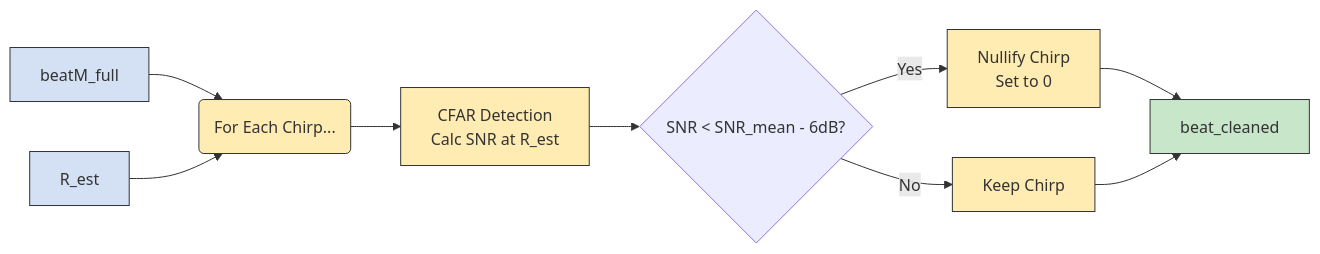
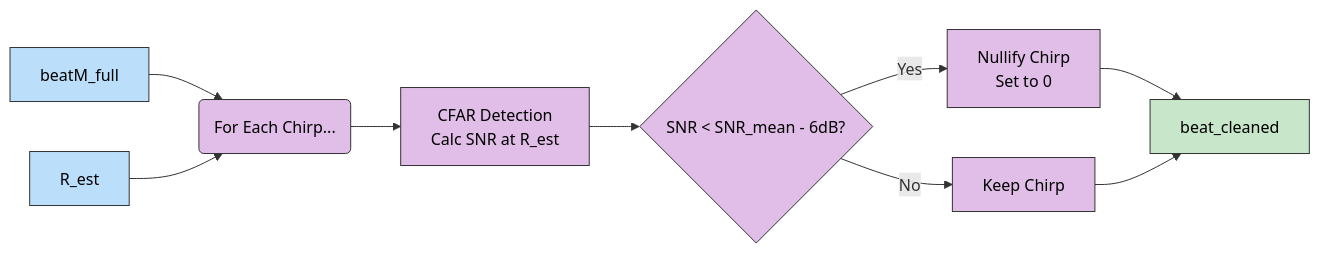
Before and after one commit to amnxlab/Radar-Fusion-Research: the sixth of 7 diagrams in docs/README_SIGNAL_PROCESSING.md, drawn with Mermaid. The commit also changed other lines of this file, not shown here.

````diff
--- a/docs/README_SIGNAL_PROCESSING.md
+++ b/docs/README_SIGNAL_PROCESSING.md
@@ -214,31 +212,32 @@
 ```mermaid
-flowchart LR
+graph LR
     %% Inputs
     InBeat[beatM_full]:::signal
     RangeEst[R_est]:::signal
     
     %% Logic
     Goal(For Each Chirp...):::process
     
-    CFAR[CFAR Detection<br/>Calc SNR at R_est]:::process
-    Threshold{SNR < SNR_mean - 6dB?};
+    CFAR[CFAR Detection<br>Calc SNR at R_est]:::process
+    Threshold{SNR < SNR_mean - 6dB?}:::process
     
-    Null[Nullify Chirp<br/>Set to 0]:::process
+    Null[Nullify Chirp<br>Set to 0]:::process
     Keep[Keep Chirp]:::process
     
     OutBeat[beat_cleaned]:::output
     
     %% Flow
     InBeat --> Goal
     RangeEst --> Goal
     Goal --> CFAR
     CFAR --> Threshold
     Threshold -- Yes --> Null
     Threshold -- No --> Keep
     Null --> OutBeat
     Keep --> OutBeat
     
-    classDef signal fill:#d4e1f5,stroke:#333;
-    classDef process fill:#ffecb3,stroke:#333;
-    classDef output fill:#c8e6c9,stroke:#333;
+    %% Styles - High Contrast
+    classDef signal fill:#BBDEFB,stroke:#333,stroke-width:1px,color:black;
+    classDef process fill:#E1BEE7,stroke:#333,stroke-width:1px,color:black;
+    classDef output fill:#C8E6C9,stroke:#333,stroke-width:1px,color:black;
 ```
````
